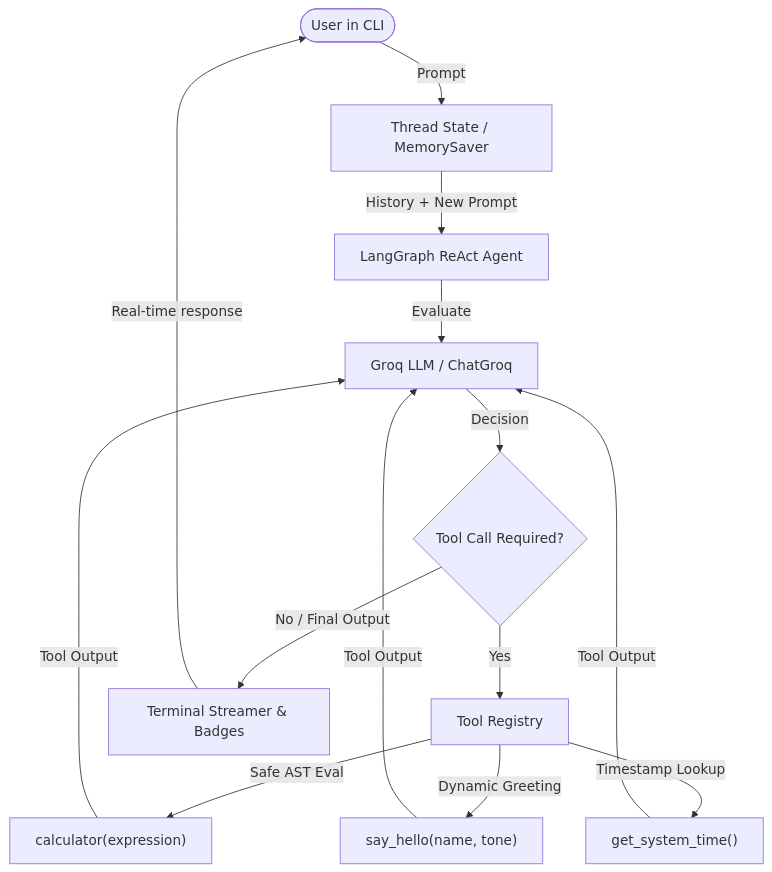
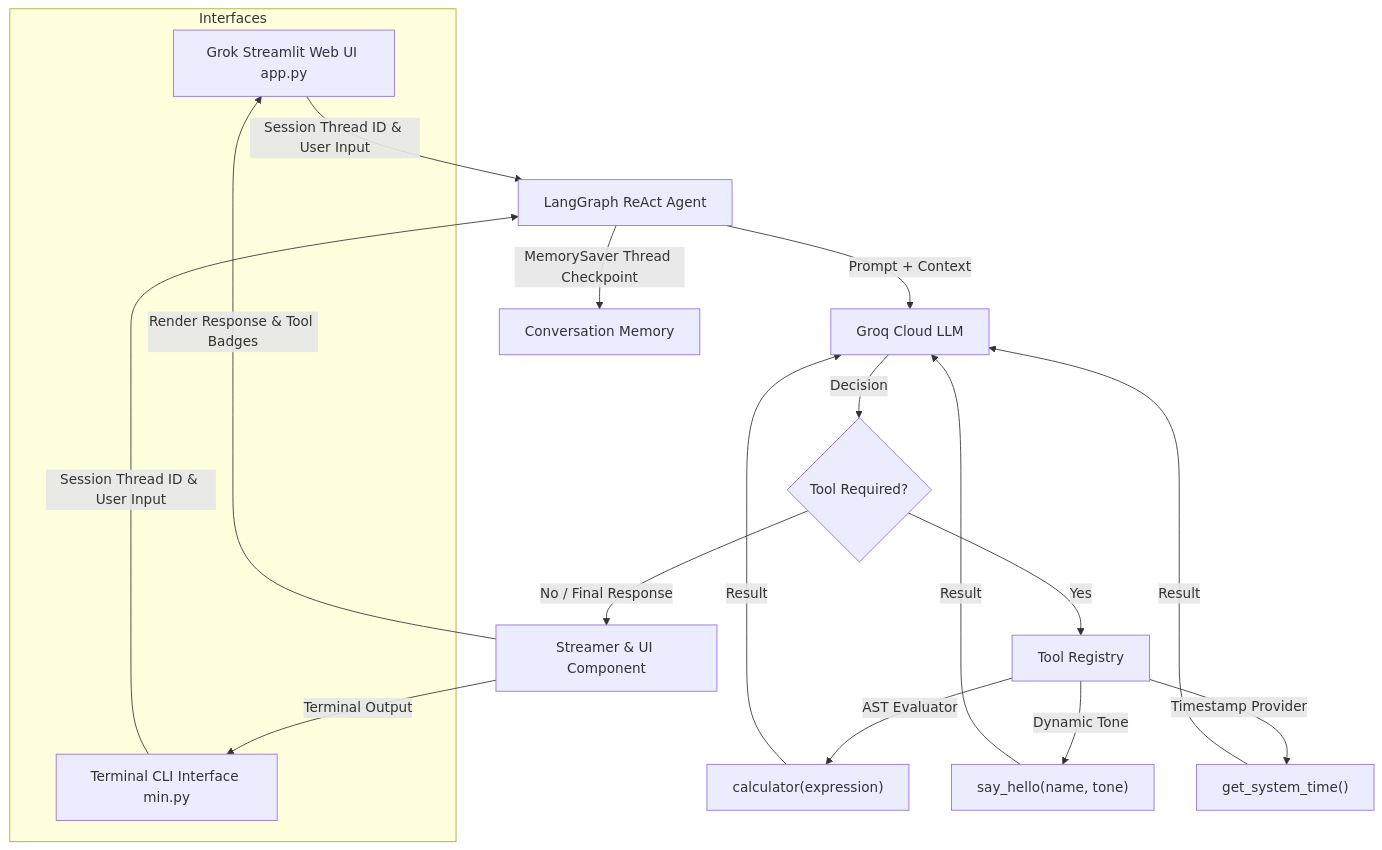
Before and after one commit to MohammadNawazReshmi/GenAI: the diagram in README.md, drawn with Mermaid. The commit also changed other lines of this file and 2 other files, not shown here.

````diff
--- a/README.md
+++ b/README.md
@@ -25,20 +32,28 @@
 ```mermaid
 flowchart TD
-    User([User in CLI]) -->|Prompt| Session[Thread State / MemorySaver]
-    Session -->|History + New Prompt| Agent[LangGraph ReAct Agent]
-    Agent -->|Evaluate| LLM[Groq LLM / ChatGroq]
-    
-    LLM -->|Decision| Decision{Tool Call Required?}
-    
-    Decision -->|Yes| ToolRouter[Tool Registry]
-    ToolRouter -->|Safe AST Eval| CalcTool["calculator(expression)"]
-    ToolRouter -->|Dynamic Greeting| HelloTool["say_hello(name, tone)"]
-    ToolRouter -->|Timestamp Lookup| TimeTool["get_system_time()"]
-    
-    CalcTool -->|Tool Output| LLM
-    HelloTool -->|Tool Output| LLM
-    TimeTool -->|Tool Output| LLM
-    
-    Decision -->|No / Final Output| Streamer[Terminal Streamer & Badges]
-    Streamer -->|Real-time response| User
+    subgraph Interfaces
+        UI[Grok Streamlit Web UI app.py]
+        CLI[Terminal CLI Interface min.py]
+    end
+
+    UI -->|Session Thread ID & User Input| Agent[LangGraph ReAct Agent]
+    CLI -->|Session Thread ID & User Input| Agent
+
+    Agent -->|MemorySaver Thread Checkpoint| State[Conversation Memory]
+    Agent -->|Prompt + Context| LLM[Groq Cloud LLM]
+
+    LLM -->|Decision| Decision{Tool Required?}
+
+    Decision -->|Yes| Tools[Tool Registry]
+    Tools -->|AST Evaluator| CalcTool["calculator(expression)"]
+    Tools -->|Dynamic Tone| HelloTool["say_hello(name, tone)"]
+    Tools -->|Timestamp Provider| TimeTool["get_system_time()"]
+
+    CalcTool -->|Result| LLM
+    HelloTool -->|Result| LLM
+    TimeTool -->|Result| LLM
+
+    Decision -->|No / Final Response| OutputStream[Streamer & UI Component]
+    OutputStream -->|Render Response & Tool Badges| UI
+    OutputStream -->|Terminal Output| CLI
 ```
````
